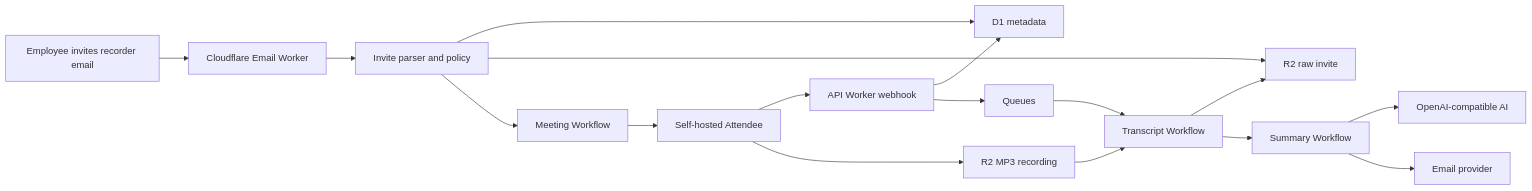
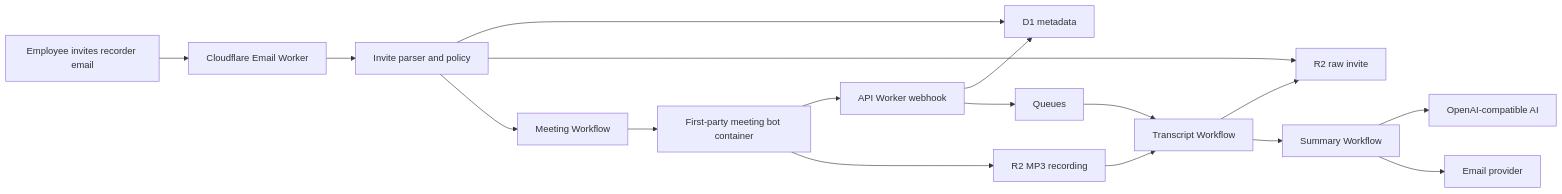
Before and after one commit to esaueng/minutesbot: the diagram in docs/architecture.md, drawn with Mermaid. The commit also changed other lines of this file and 89 other files, not shown here.

````diff
--- a/docs/architecture.md
+++ b/docs/architecture.md
@@ -3,19 +3,19 @@
 ```mermaid
 flowchart LR
   Employee["Employee invites recorder email"] --> Email["Cloudflare Email Worker"]
   Email --> Parser["Invite parser and policy"]
   Parser --> D1["D1 metadata"]
   Parser --> R2["R2 raw invite"]
   Parser --> Workflow["Meeting Workflow"]
-  Workflow --> Attendee["Self-hosted Attendee"]
-  Attendee --> Webhook["API Worker webhook"]
+  Workflow --> Bot["First-party meeting bot container"]
+  Bot --> Webhook["API Worker webhook"]
   Webhook --> D1
   Webhook --> Queue["Queues"]
   Queue --> Transcript["Transcript Workflow"]
-  Attendee --> R2Recording["R2 MP3 recording"]
+  Bot --> R2Recording["R2 MP3 recording"]
   R2Recording --> Transcript
   Transcript --> R2
   Transcript --> Summary["Summary Workflow"]
   Summary --> AI["OpenAI-compatible AI"]
   Summary --> EmailOut["Email provider"]
 ```
````
